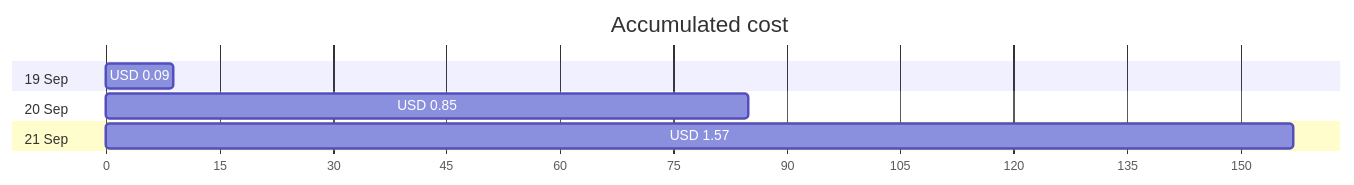
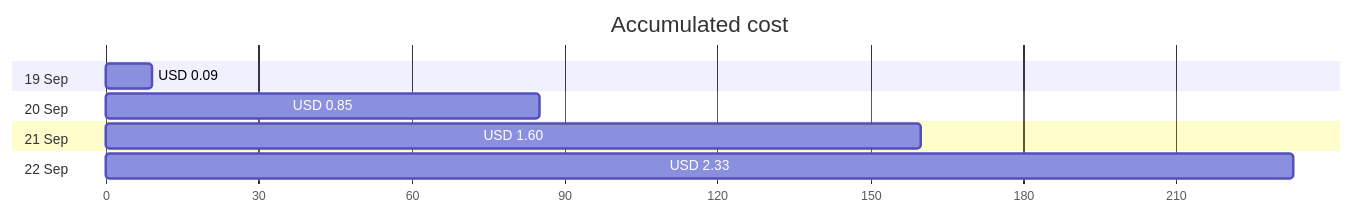
The first of 4 diagrams in cost-reports/personal-network/backup-server-data-disk.md (jpfulton/azure-personal-reports), drawn with Mermaid before and after one commit. The commit also changed other lines of this file and 9 other files, not shown here.

````diff
--- a/cost-reports/personal-network/backup-server-data-disk.md
+++ b/cost-reports/personal-network/backup-server-data-disk.md
@@ -20,12 +20,14 @@
 ```mermaid
 gantt
    title Accumulated cost
    dateFormat  X
    axisFormat %s
    section 19 Sep
    USD 0.09 :0, 9
    section 20 Sep
    USD 0.85 :0, 85
    section 21 Sep
-   USD 1.57 :0, 157
+   USD 1.60 :0, 160
+   section 22 Sep
+   USD 2.33 :0, 233
 ```
````
